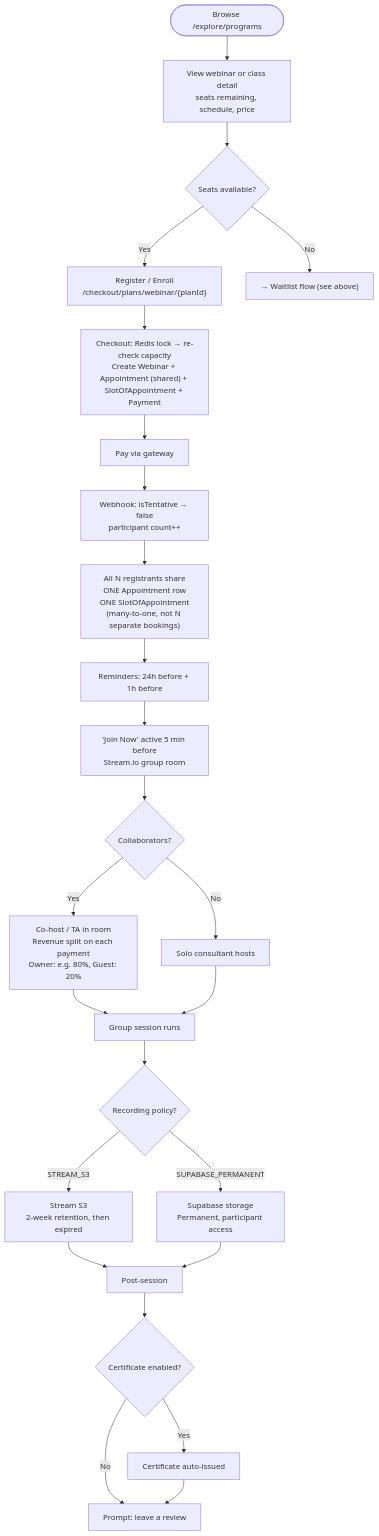
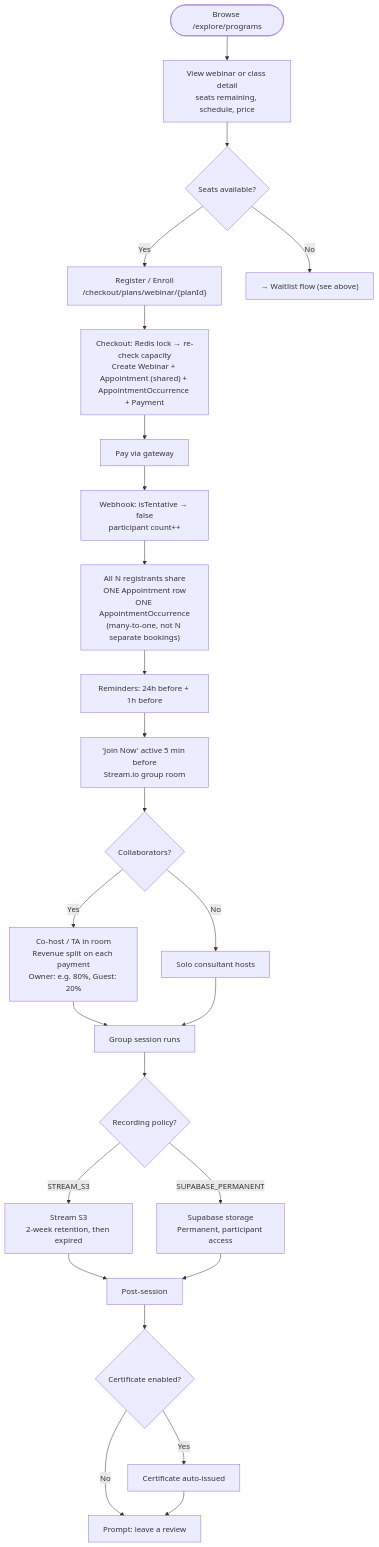
Diagram 12 of 19 in docs/architecture/product-flow-map.md (Practitionist/familiarise_web), drawn with Mermaid before and after one commit. The commit also changed other lines of this file and 107 other files, not shown here.

Commit message:
docs(vocabulary): the scheduling glossary, booking, feedback, support, stream and review docs speak AppointmentOccurrence, Meeting and Trial (#1554)

````diff
--- a/docs/architecture/product-flow-map.md
+++ b/docs/architecture/product-flow-map.md
@@ -342,33 +342,33 @@
 ```mermaid
 flowchart TD
     Browse([Browse /explore/programs]) --> EventPage["View webinar or class detail\nseats remaining, schedule, price"]
 
     EventPage --> CapCheck{Seats available?}
     CapCheck -- Yes --> Enroll["Register / Enroll\n/checkout/plans/webinar/{planId}"]
     CapCheck -- No --> WaitlistFlow["→ Waitlist flow (see above)"]
 
-    Enroll --> Checkout["Checkout: Redis lock → re-check capacity\nCreate Webinar + Appointment (shared) + SlotOfAppointment + Payment"]
+    Enroll --> Checkout["Checkout: Redis lock → re-check capacity\nCreate Webinar + Appointment (shared) + AppointmentOccurrence + Payment"]
     Checkout --> Pay["Pay via gateway"]
     Pay --> Webhook["Webhook: isTentative → false\nparticipant count++"]
 
-    Webhook --> AllPartners["All N registrants share\nONE Appointment row\nONE SlotOfAppointment\n(many-to-one, not N separate bookings)"]
+    Webhook --> AllPartners["All N registrants share\nONE Appointment row\nONE AppointmentOccurrence\n(many-to-one, not N separate bookings)"]
     AllPartners --> Reminders["Reminders: 24h before + 1h before"]
     Reminders --> JoinNow["'Join Now' active 5 min before\nStream.io group room"]
 
     JoinNow --> CollabCheck{Collaborators?}
     CollabCheck -- Yes --> CollabRoom["Co-host / TA in room\nRevenue split on each payment\nOwner: e.g. 80%, Guest: 20%"]
     CollabCheck -- No --> SoloRoom["Solo consultant hosts"]
     CollabRoom --> Session["Group session runs"]
     SoloRoom --> Session
 
     Session --> RecordingPolicy{Recording policy?}
     RecordingPolicy -- STREAM_S3 --> TempRecording["Stream S3\n2-week retention, then expired"]
     RecordingPolicy -- SUPABASE_PERMANENT --> PermRecording["Supabase storage\nPermanent, participant access"]
     TempRecording --> PostSession
     PermRecording --> PostSession
 
     PostSession["Post-session"] --> CertCheck{Certificate enabled?}
     CertCheck -- Yes --> Cert["Certificate auto-issued"]
     CertCheck -- No --> Review["Prompt: leave a review"]
     Cert --> Review
 ```
````
